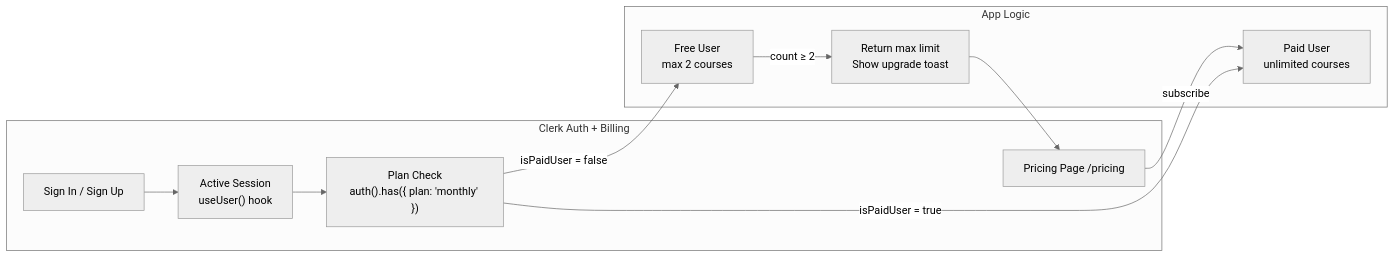
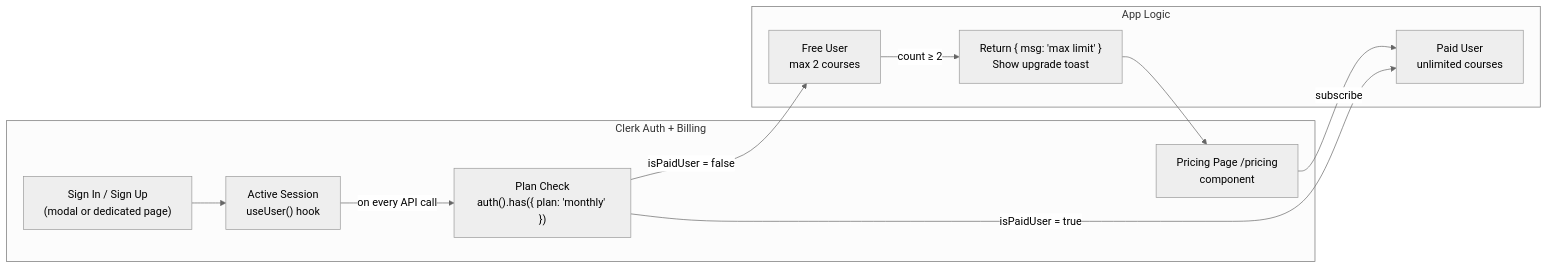
The third of 3 diagrams in README.md (sahutushar/ai-video-course-generator), drawn with Mermaid (neutral theme) before and after one commit. The commit also changed other lines of this file, not shown here.

````diff
--- a/README.md
+++ b/README.md
@@ -198,23 +220,23 @@
 ```mermaid
 flowchart LR
     subgraph Clerk["Clerk Auth + Billing"]
-        SIGN["Sign In / Sign Up"]
+        SIGN["Sign In / Sign Up\n(modal or dedicated page)"]
         SESSION["Active Session\nuseUser() hook"]
         PLAN["Plan Check\nauth().has({ plan: 'monthly' })"]
-        PRICING["Pricing Page /pricing"]
+        PRICING["Pricing Page /pricing\n<PricingTable /> component"]
     end
 
     subgraph App["App Logic"]
         FREE["Free User\nmax 2 courses"]
         PAID["Paid User\nunlimited courses"]
-        LIMIT["Return max limit\nShow upgrade toast"]
+        LIMIT["Return { msg: 'max limit' }\nShow upgrade toast"]
     end
 
     SIGN --> SESSION
-    SESSION --> PLAN
+    SESSION -->|"on every API call"| PLAN
     PLAN -->|"isPaidUser = false"| FREE
     PLAN -->|"isPaidUser = true"| PAID
     FREE -->|"count ≥ 2"| LIMIT
     LIMIT --> PRICING
     PRICING -->|"subscribe"| PAID
 ```
````
